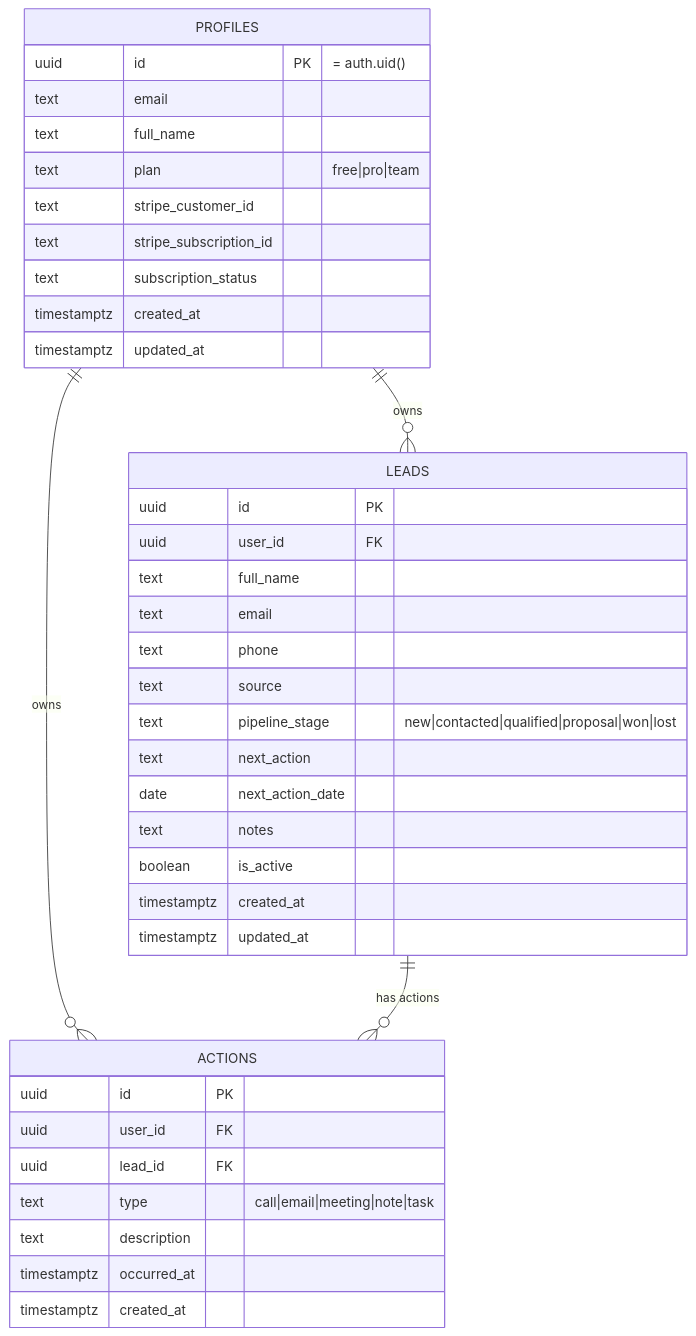
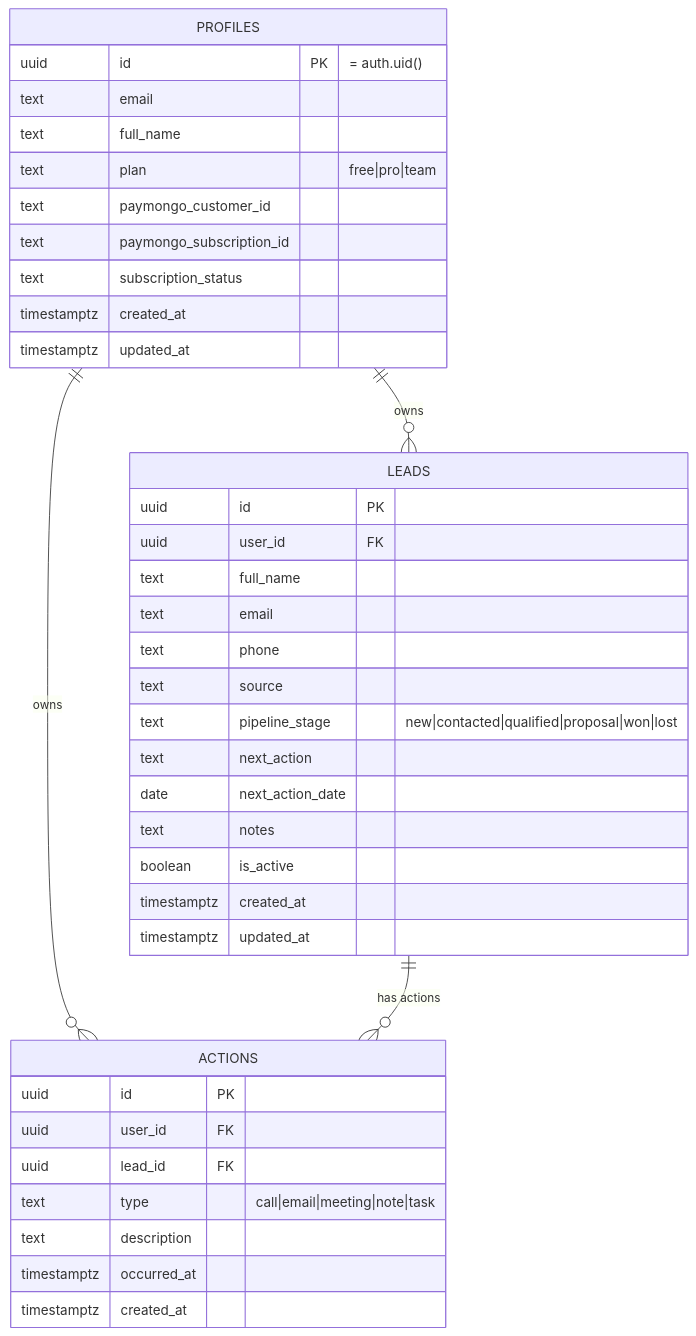
Diagram 11 of 11 in docs/ARCHITECTURE-FLOW.md (dream-creator/agentflow), drawn with Mermaid before and after one commit. The commit also changed other lines of this file and 11 other files, not shown here.

````diff
--- a/docs/ARCHITECTURE-FLOW.md
+++ b/docs/ARCHITECTURE-FLOW.md
@@ -373,44 +373,44 @@
 ```mermaid
 erDiagram
     PROFILES ||--o{ LEADS : owns
     PROFILES ||--o{ ACTIONS : owns
     LEADS ||--o{ ACTIONS : "has actions"
 
     PROFILES {
         uuid id PK "= auth.uid()"
         text email
         text full_name
         text plan "free|pro|team"
-        text stripe_customer_id
-        text stripe_subscription_id
+        text paymongo_customer_id
+        text paymongo_subscription_id
         text subscription_status
         timestamptz created_at
         timestamptz updated_at
     }
 
     LEADS {
         uuid id PK
         uuid user_id FK
         text full_name
         text email
         text phone
         text source
         text pipeline_stage "new|contacted|qualified|proposal|won|lost"
         text next_action
         date next_action_date
         text notes
         boolean is_active
         timestamptz created_at
         timestamptz updated_at
     }
 
     ACTIONS {
         uuid id PK
         uuid user_id FK
         uuid lead_id FK
         text type "call|email|meeting|note|task"
         text description
         timestamptz occurred_at
         timestamptz created_at
     }
 ```
````
